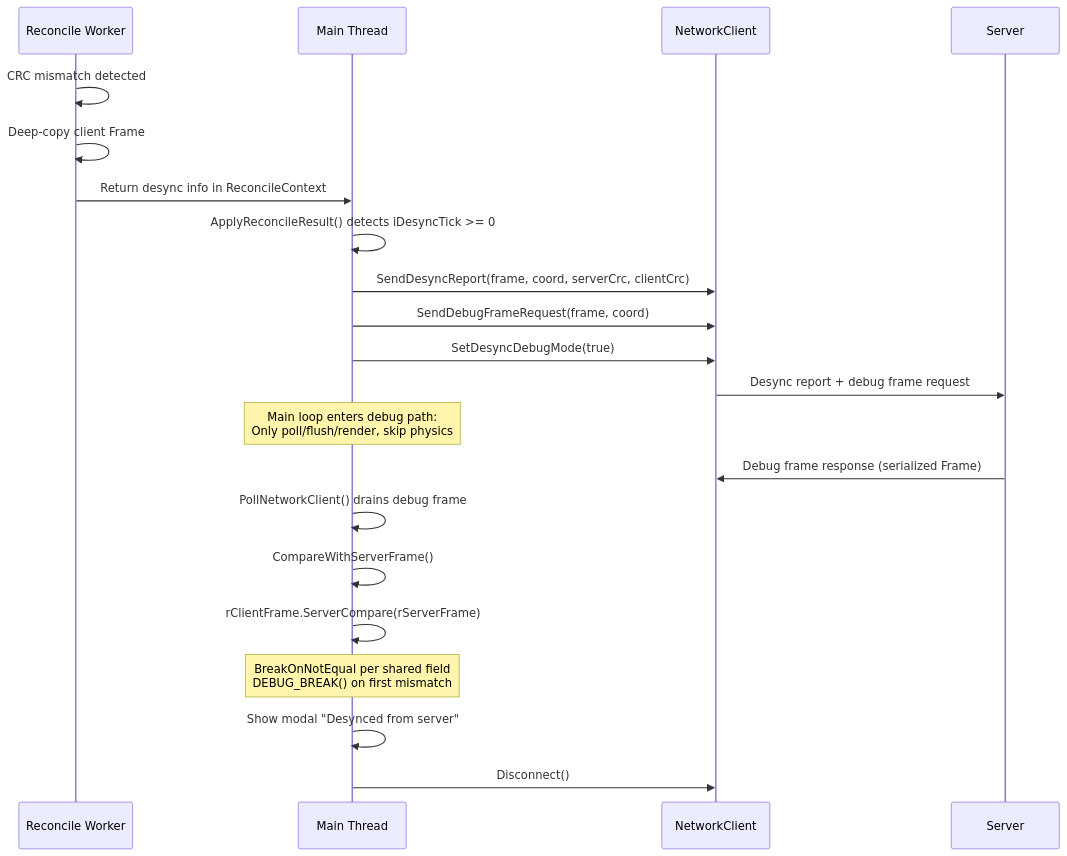
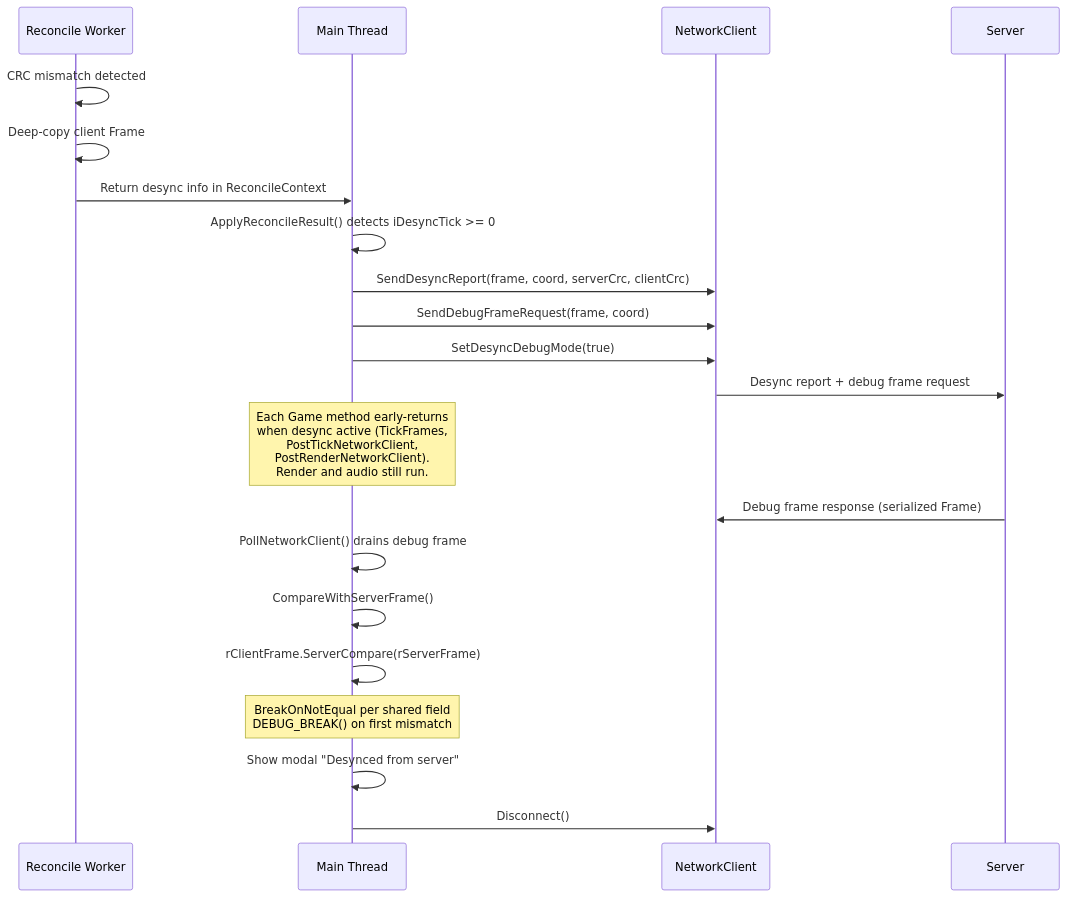
The fourth of 4 diagrams in Documents/Architecture/GameReconciliation.md (DougTanner/BrokenEnginePublic), drawn with Mermaid before and after one commit. The commit also changed other lines of this file and 35 other files, not shown here.

````diff
--- a/Documents/Architecture/GameReconciliation.md
+++ b/Documents/Architecture/GameReconciliation.md
@@ -140,29 +141,29 @@
 ```mermaid
 %%{init: {'theme': 'default'}}%%
 sequenceDiagram
     participant Worker as Reconcile Worker
     participant Main as Main Thread
     participant Net as NetworkClient
     participant Server
 
     Worker->>Worker: CRC mismatch detected
     Worker->>Worker: Deep-copy client Frame
     Worker->>Main: Return desync info in ReconcileContext
 
     Main->>Main: ApplyReconcileResult() detects iDesyncTick >= 0
     Main->>Net: SendDesyncReport(frame, coord, serverCrc, clientCrc)
     Main->>Net: SendDebugFrameRequest(frame, coord)
     Main->>Net: SetDesyncDebugMode(true)
     Net->>Server: Desync report + debug frame request
 
-    Note over Main: Main loop enters debug path:<br/>Only poll/flush/render, skip physics
+    Note over Main: Each Game method early-returns<br/>when desync active (TickFrames,<br/>PostTickNetworkClient,<br/>PostRenderNetworkClient).<br/>Render and audio still run.
 
     Server->>Net: Debug frame response (serialized Frame)
     Main->>Main: PollNetworkClient() drains debug frame
     Main->>Main: CompareWithServerFrame()
     Main->>Main: rClientFrame.ServerCompare(rServerFrame)
     Note over Main: BreakOnNotEqual per shared field<br/>DEBUG_BREAK() on first mismatch
 
     Main->>Main: Show modal "Desynced from server"
     Main->>Net: Disconnect()
 ```
````
